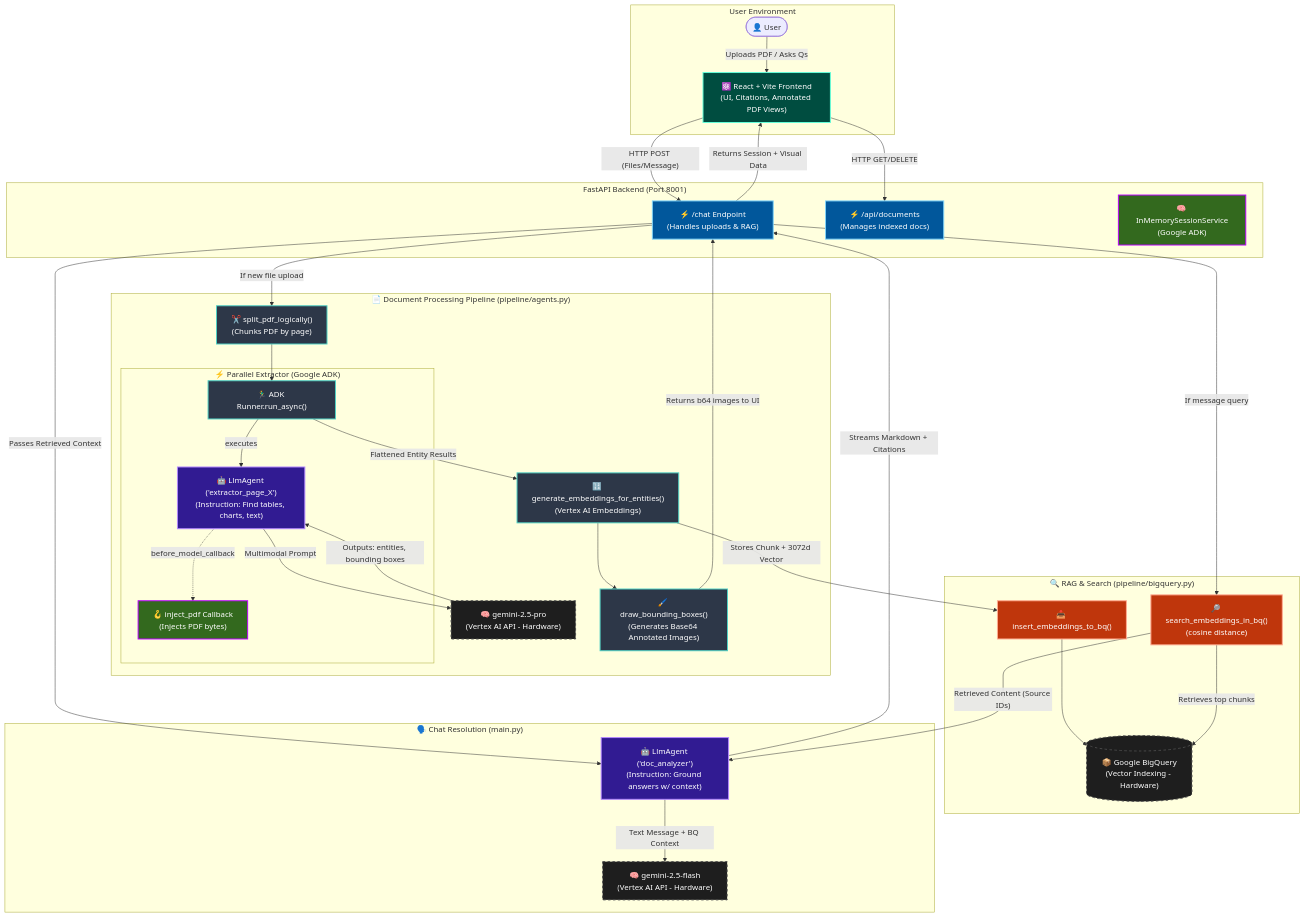
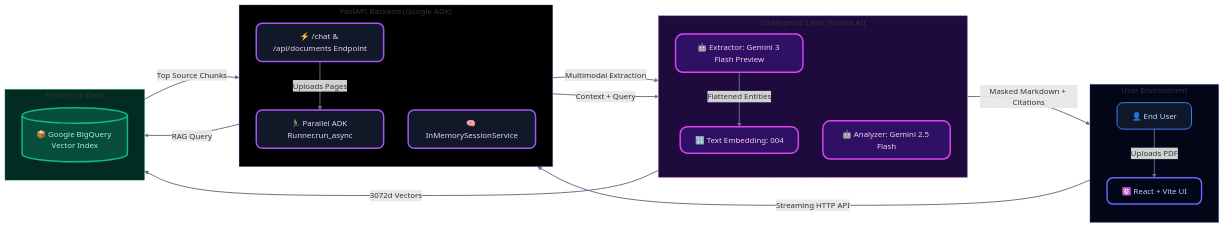
The diagram in antigravity/multimodal_document_chat/README.md (jchavezar/vertex-ai-samples), drawn with Mermaid before and after one commit. The commit also changed other lines of this file and 5 other files, not shown here.

Commit message:
feat(multimodal_document_chat): upgrade to gemini-3-flash-preview global, Next-Gen README, Zero-Leak security

````diff
--- a/antigravity/multimodal_document_chat/README.md
+++ b/antigravity/multimodal_document_chat/README.md
@@ -13,79 +31,54 @@
 ```mermaid
-graph TD
-    classDef hardware fill:#1e1e1e,stroke:#4a4a4a,stroke-width:2px,color:#fff,stroke-dasharray: 5 5
-    classDef software fill:#2d3748,stroke:#4fd1c5,stroke-width:2px,color:#fff
-    classDef llm fill:#311b92,stroke:#b388ff,stroke-width:2px,color:#fff
-    classDef frontend fill:#004d40,stroke:#64ffda,stroke-width:2px,color:#fff
-    classDef backend fill:#01579b,stroke:#81d4fa,stroke-width:2px,color:#fff
-    classDef db fill:#bf360c,stroke:#ffab91,stroke-width:2px,color:#fff
-    classDef tool fill:#33691e,stroke:#bc00ff,stroke-width:2px,color:#fff
-
-    subgraph UserEnvironment ["User Environment"]
-        User(["👤 User"])
-        FE["⚛️ React + Vite Frontend<br/>(UI, Citations, Annotated PDF Views)"]:::frontend
-        User -- Uploads PDF / Asks Qs --> FE
+flowchart LR
+    %% Modern Futuristic Styling Requirements
+    classDef default fill:#1e293b,stroke:#475569,stroke-width:2px,color:#f8fafc;
+    classDef user fill:#0f172a,stroke:#3b82f6,stroke-width:2px,color:#bfdbfe,rx:12,ry:12;
+    classDef frontend fill:#020617,stroke:#6366f1,stroke-width:3px,color:#c7d2fe,rx:12,ry:12;
+    classDef backend fill:#111827,stroke:#a855f7,stroke-width:3px,color:#e9d5ff,rx:12,ry:12;
+    classDef ai fill:#2e1065,stroke:#d946ef,stroke-width:3px,color:#fbcfe8,rx:15,ry:15;
+    classDef data fill:#064e3b,stroke:#10b981,stroke-width:3px,color:#a7f3d0,rx:12,ry:12;
+    
+    subgraph Client ["User Environment"]
+        direction TB
+        U[👤 End User]:::user
+        A[⚛️ React + Vite UI]:::frontend
+        U -- "Uploads PDF" --> A
     end
 
-    subgraph BackendAPI ["FastAPI Backend (Port 8001)"]
-        ChatEndpoint["⚡ /chat Endpoint<br/>(Handles uploads & RAG)"]:::backend
-        DocEndpoint["⚡ /api/documents<br/>(Manages indexed docs)"]:::backend
-        InMemorySession["🧠 InMemorySessionService<br/>(Google ADK)"]:::tool
-    end
-    
-    FE -- "HTTP POST (Files/Message)" --> ChatEndpoint
-    FE -- "HTTP GET/DELETE" --> DocEndpoint
-
-    subgraph DocumentProcessingPipeline ["📄 Document Processing Pipeline (pipeline/agents.py)"]
-        SplitPDF["✂️ split_pdf_logically()<br/>(Chunks PDF by page)"]:::software
-        
-        subgraph ParallelExtraction ["⚡ Parallel Extractor (Google ADK)"]
-            ADKAgent["🤖 LlmAgent ('extractor_page_X')<br/>(Instruction: Find tables, charts, text)"]:::llm
-            Callback["🪝 inject_pdf Callback<br/>(Injects PDF bytes)"]:::tool
-            RunnerProcess["🏃‍♂️ ADK Runner.run_async()"]:::software
-            
-            ADKAgent -. "before_model_callback" .-> Callback
-            RunnerProcess -- "executes" --> ADKAgent
-        end
-        
-        GeminiPro["🧠 gemini-2.5-pro<br/>(Vertex AI API - Hardware)"]:::hardware
-        ADKAgent -- "Multimodal Prompt" --> GeminiPro
-        GeminiPro -- "Outputs: entities, bounding boxes" --> ADKAgent
-        
-        EmbeddingsGen["🔢 generate_embeddings_for_entities()<br/>(Vertex AI Embeddings)"]:::software
-        
-        DrawBBoxes["🖌️ draw_bounding_boxes()<br/>(Generates Base64 Annotated Images)"]:::software
-        
-        SplitPDF --> RunnerProcess
-        RunnerProcess -- "Flattened Entity Results" --> EmbeddingsGen
-        EmbeddingsGen --> DrawBBoxes
+    subgraph API ["FastAPI Backend (Google ADK)"]
+        direction TB
+        B[⚡ /chat & /api/documents Endpoint]:::backend
+        S[🧠 InMemorySessionService]:::backend
+        P[🏃‍♂️ Parallel ADK Runner.run_async]:::backend
     end
 
-    ChatEndpoint -- "If new file upload" --> SplitPDF
-
-    subgraph VectorSearchRAG ["🔍 RAG & Search (pipeline/bigquery.py)"]
-        BQInsert["📥 insert_embeddings_to_bq()"]:::db
-        BQSearch["🔎 search_embeddings_in_bq()<br/>(cosine distance)"]:::db
-        BigQuery[("📦 Google BigQuery<br/>(Vector Indexing - Hardware)")]:::hardware
-        
-        EmbeddingsGen -- "Stores Chunk + 3072d Vector" --> BQInsert
-        BQInsert --> BigQuery
-        BQSearch -- "Retrieves top chunks" --> BigQuery
+    subgraph AI ["Intelligence Layer (Vertex AI)"]
+        direction TB
+        C[🤖 Extractor: Gemini 3 Flash Preview]:::ai
+        D[🤖 Analyzer: Gemini 2.5 Flash]:::ai
+        E[🔢 Text Embedding: 004]:::ai
     end
 
-    ChatEndpoint -- "If message query" --> BQSearch
-
-    subgraph ConversationalAgent ["🗣️ Chat Resolution (main.py)"]
-        AnalyzerAgent["🤖 LlmAgent ('doc_analyzer')<br/>(Instruction: Ground answers w/ context)"]:::llm
-        GeminiFlash["🧠 gemini-2.5-flash<br/>(Vertex AI API - Hardware)"]:::hardware
-        
-        AnalyzerAgent -- "Text Message + BQ Context" --> GeminiFlash
+    subgraph Storage ["Enterprise Data"]
+        direction TB
+        F[(📦 Google BigQuery Vector Index)]:::data
     end
 
-    ChatEndpoint -- "Passes Retrieved Context" --> AnalyzerAgent
-    AnalyzerAgent -- "Streams Markdown + Citations" --> ChatEndpoint
-    ChatEndpoint -- "Returns Session + Visual Data" --> FE
-
-    %% Context Linking
-    BQSearch -- "Retrieved Content (Source IDs)" --> AnalyzerAgent
-    DrawBBoxes -- "Returns b64 images to UI" --> ChatEndpoint
+    A -- "Streaming HTTP API" --> B
+    B -- "Uploads Pages" --> P
+    P -- "Multimodal Extraction" --> C
+    C -- "Flattened Entities" --> E
+    E -- "3072d Vectors" --> F
+    
+    B -- "RAG Query" --> F
+    F -- "Top Source Chunks" --> B
+    B -- "Context + Query" --> D
+    D -- "Masked Markdown + Citations" --> A
+    
+    %% Styles
+    linkStyle default stroke:#64748b,stroke-width:2px,fill:none;
+    style Client fill:#020617,stroke:#3b82f6,stroke-width:1px,stroke-dasharray: 4 4
+    style API fill:#000000,stroke:#8b5cf6,stroke-width:1px,stroke-dasharray: 4 4
+    style AI fill:#1e0a3c,stroke:#d946ef,stroke-width:1px,stroke-dasharray: 4 4
+    style Storage fill:#022c22,stroke:#10b981,stroke-width:1px,stroke-dasharray: 4 4
 ```
````
